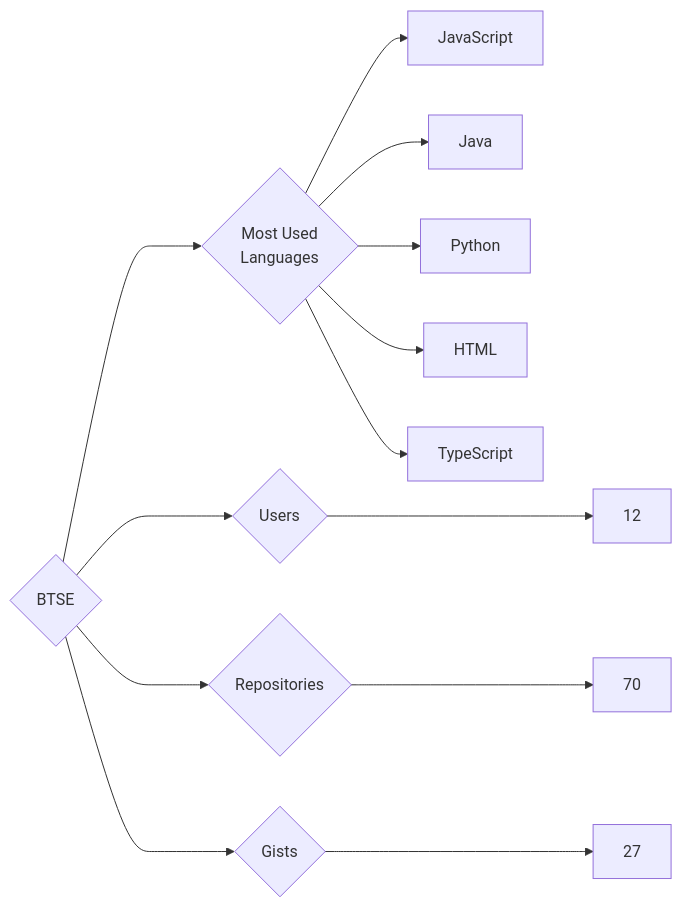
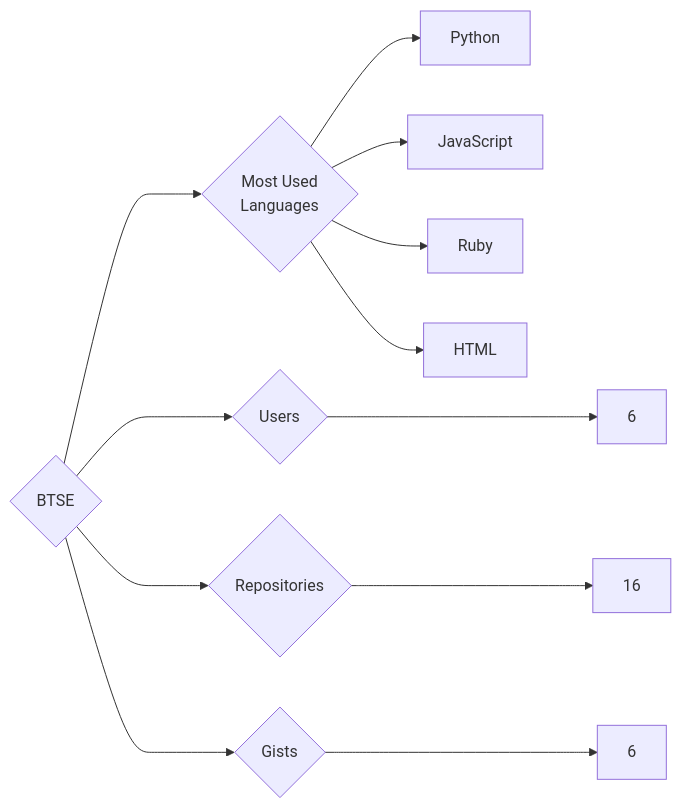
Before and after one commit to trickest/insiders: the diagram in targets/BTSE/README.md, drawn with Mermaid. The commit also changed 611 other files, not shown here.

````diff
--- a/targets/BTSE/README.md
+++ b/targets/BTSE/README.md
@@ -3,13 +3,12 @@
 ```mermaid
 graph LR
 COMPANY_NAME{BTSE}
-COMPANY_NAME ---> U{Users} ---> UN[12]
-COMPANY_NAME ---> R{Repositories} ---> RN[70]
-COMPANY_NAME ---> G{Gists} ---> GN[27]
+COMPANY_NAME ---> U{Users} ---> UN[6]
+COMPANY_NAME ---> R{Repositories} ---> RN[16]
+COMPANY_NAME ---> G{Gists} ---> GN[6]
 COMPANY_NAME ---> ML{Most Used<br>Languages}
+ML --> Python[Python]
 ML --> JavaScript[JavaScript]
-ML --> Java[Java]
-ML --> Python[Python]
+ML --> Ruby[Ruby]
 ML --> HTML[HTML]
-ML --> TypeScript[TypeScript]
 ```
````
